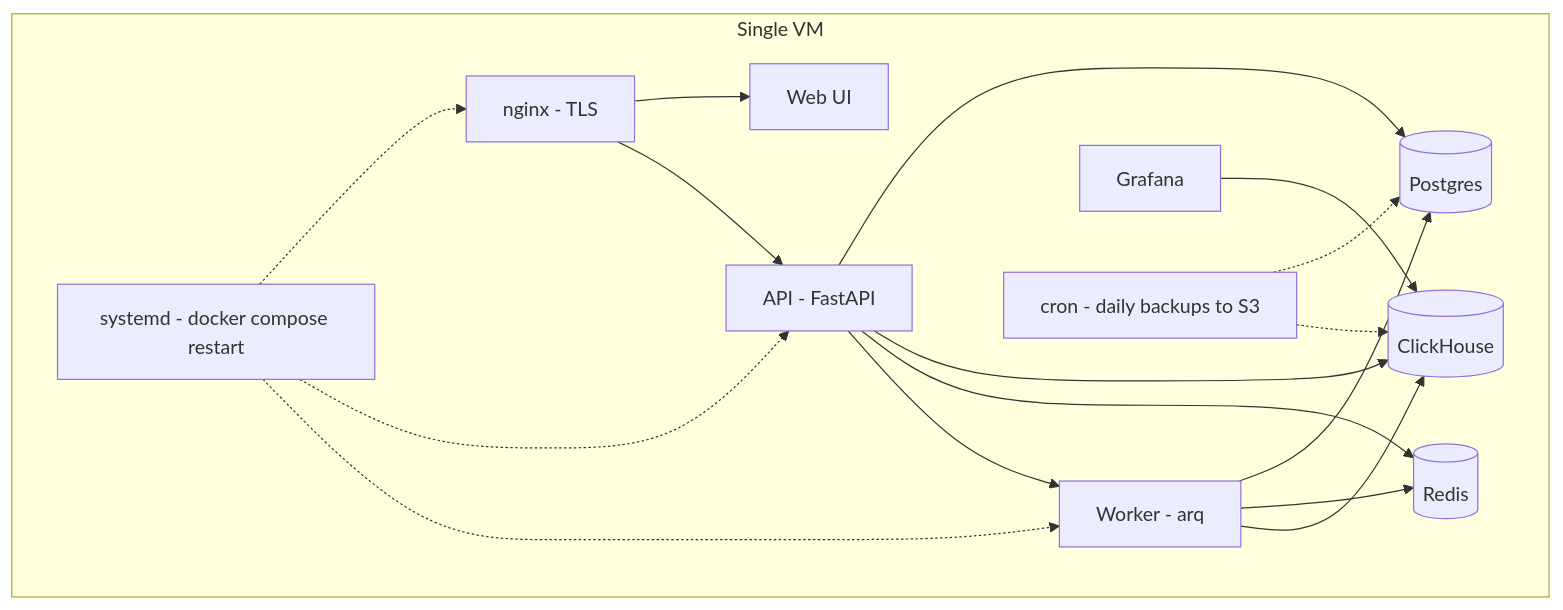
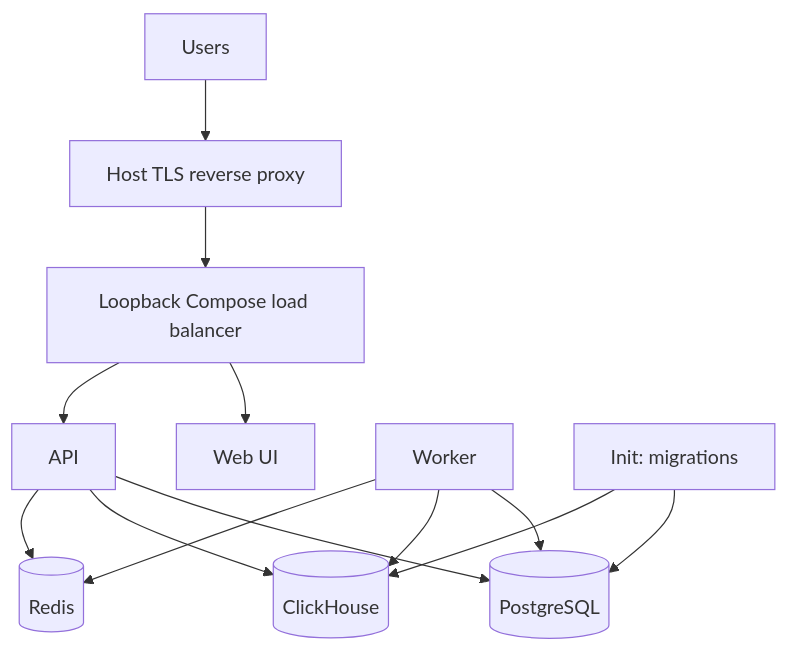
Before and after one commit to AgenticResourceRegistry/AgenticResourceRegistry: the diagram in docs/self-hosting/single-node-deploy.md, drawn with Mermaid. The commit also changed other lines of this file and 87 other files, not shown here.

````diff
--- a/docs/self-hosting/single-node-deploy.md
+++ b/docs/self-hosting/single-node-deploy.md
@@ -25,31 +19,15 @@
 ```mermaid
 flowchart TB
-    subgraph vm[Single VM]
-        nginx["nginx - TLS"]
-        web[Web UI]
-        api["API - FastAPI"]
-        worker["Worker - arq"]
-        pg[(Postgres)]
-        redis[(Redis)]
-        ch[(ClickHouse)]
-        grafana[Grafana]
-        systemd["systemd - docker compose restart"]
-        cron["cron - daily backups to S3"]
-    end
-
-    nginx --> web
-    nginx --> api
-    api --> pg
-    api --> ch
-    api --> redis
-    api --> worker
-    worker --> pg
+    clients[Users] --> tls[Host TLS reverse proxy]
+    tls --> lb[Loopback Compose load balancer]
+    lb --> web[Web UI]
+    lb --> api[API]
+    api --> pg[(PostgreSQL)]
+    api --> ch[(ClickHouse)]
+    api --> redis[(Redis)]
+    worker[Worker] --> pg
+    worker --> ch
     worker --> redis
-    worker --> ch
-    grafana --> ch
-    systemd -.-> nginx
-    systemd -.-> api
-    systemd -.-> worker
-    cron -.-> pg
-    cron -.-> ch
+    init[Init: migrations] --> pg
+    init --> ch
 ```
````
